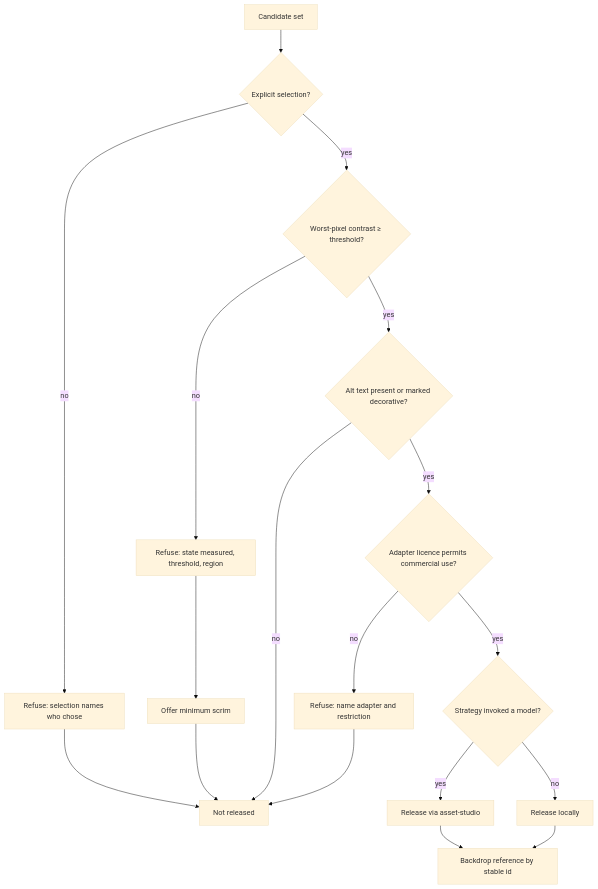
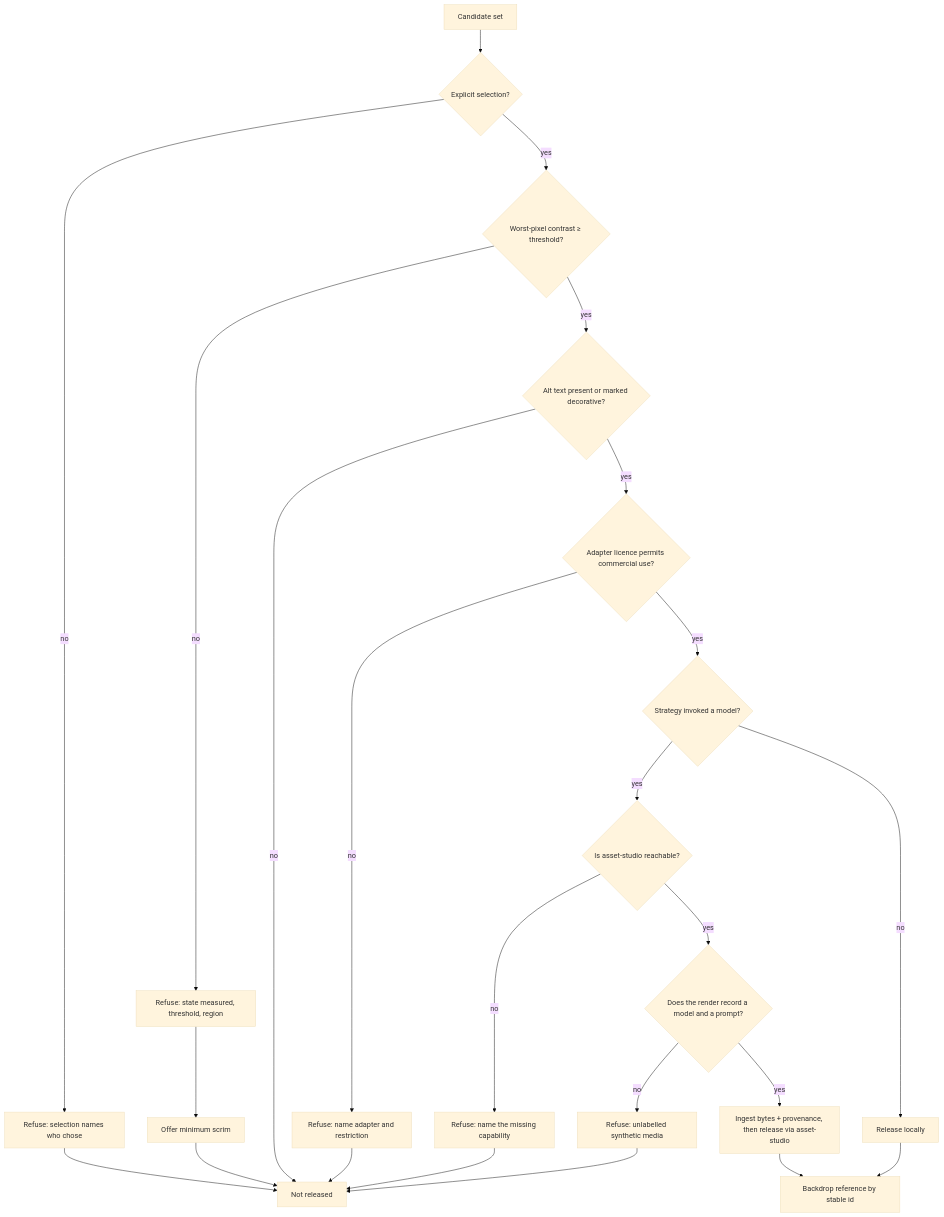
The third of 4 diagrams in scenarios/backdrop-studio/docs/concepts/FLOWS.md (Vrooli/Vrooli), drawn with Mermaid (base theme) before and after one commit. The commit also changed other lines of this file and 98 other files, not shown here.

````diff
--- a/scenarios/backdrop-studio/docs/concepts/FLOWS.md
+++ b/scenarios/backdrop-studio/docs/concepts/FLOWS.md
@@ -72,17 +92,21 @@
 ```mermaid
 flowchart TD
     A[Candidate set] --> B{Explicit selection?}
     B -- no --> B1[Refuse: selection names who chose] --> Z[Not released]
     B -- yes --> C{Worst-pixel contrast ≥ threshold?}
     C -- no --> C1[Refuse: state measured, threshold, region] --> S[Offer minimum scrim]
     S --> Z
     C -- yes --> D{Alt text present or marked decorative?}
     D -- no --> Z
     D -- yes --> E{Adapter licence permits commercial use?}
     E -- no --> E1[Refuse: name adapter and restriction] --> Z
     E -- yes --> F{Strategy invoked a model?}
-    F -- yes --> G[Release via asset-studio]
+    F -- yes --> F1{Is asset-studio reachable?}
+    F1 -- no --> F2[Refuse: name the missing capability] --> Z
+    F1 -- yes --> F3{Does the render record a model and a prompt?}
+    F3 -- no --> F4[Refuse: unlabelled synthetic media] --> Z
+    F3 -- yes --> G[Ingest bytes + provenance, then release via asset-studio]
     F -- no --> H[Release locally]
     G --> I[Backdrop reference by stable id]
     H --> I
 ```
````
